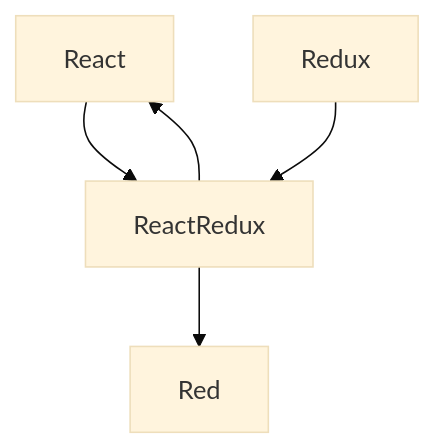
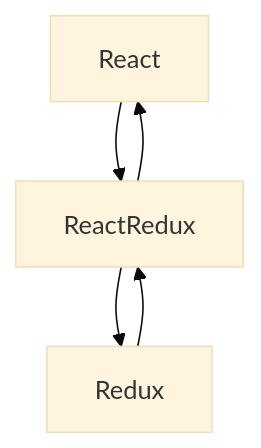
Before and after one commit to IrvinGomes/ReactRedux: the second of 2 diagrams in README.md, drawn with Mermaid (base theme).

````diff
--- a/README.md
+++ b/README.md
@@ -82,7 +82,7 @@
 ```mermaid
 graph TD;
    React-->ReactRedux;
    Redux-->ReactRedux;
    ReactRedux-->React;
-   ReactRedux-->Red
+   ReactRedux-->Redux;
 ```
````
